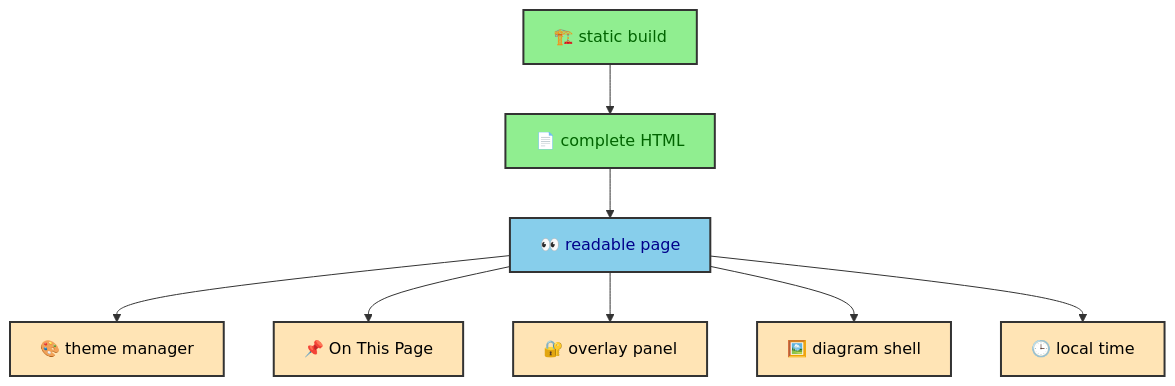
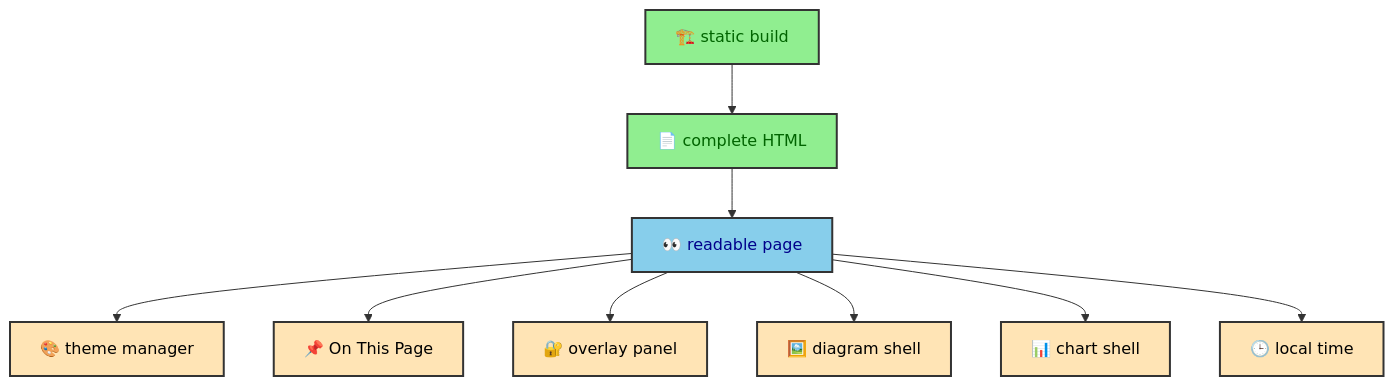
Before and after one commit to duranalberto/albertoduran: the diagram in src/thejournal/building_albertoduran/runtime/index.mdx, drawn with Mermaid. The commit also changed other lines of this file and 45 other files, not shown here.

````diff
--- a/src/thejournal/building_albertoduran/runtime/index.mdx
+++ b/src/thejournal/building_albertoduran/runtime/index.mdx
@@ -20,18 +21,19 @@
 ```mermaid
 flowchart TD
     Build[🏗️ static build] --> Html[📄 complete HTML]
     Html --> Read[👀 readable page]
     Read --> Theme[🎨 theme manager]
     Read --> Toc[📌 On This Page]
     Read --> Overlay[🔐 overlay panel]
     Read --> Mermaid[🖼️ diagram shell]
+    Read --> Charts[📊 chart shell]
     Read --> Atlas[🕒 local time]
 
     classDef build fill:#90EE90,stroke:#333,stroke-width:2px,color:darkgreen
     classDef page fill:#87CEEB,stroke:#333,stroke-width:2px,color:darkblue
     classDef runtime fill:#FFE4B5,stroke:#333,stroke-width:2px,color:black
 
     class Build,Html build
     class Read page
-    class Theme,Toc,Overlay,Mermaid,Atlas runtime
+    class Theme,Toc,Overlay,Mermaid,Charts,Atlas runtime
 ```
````
